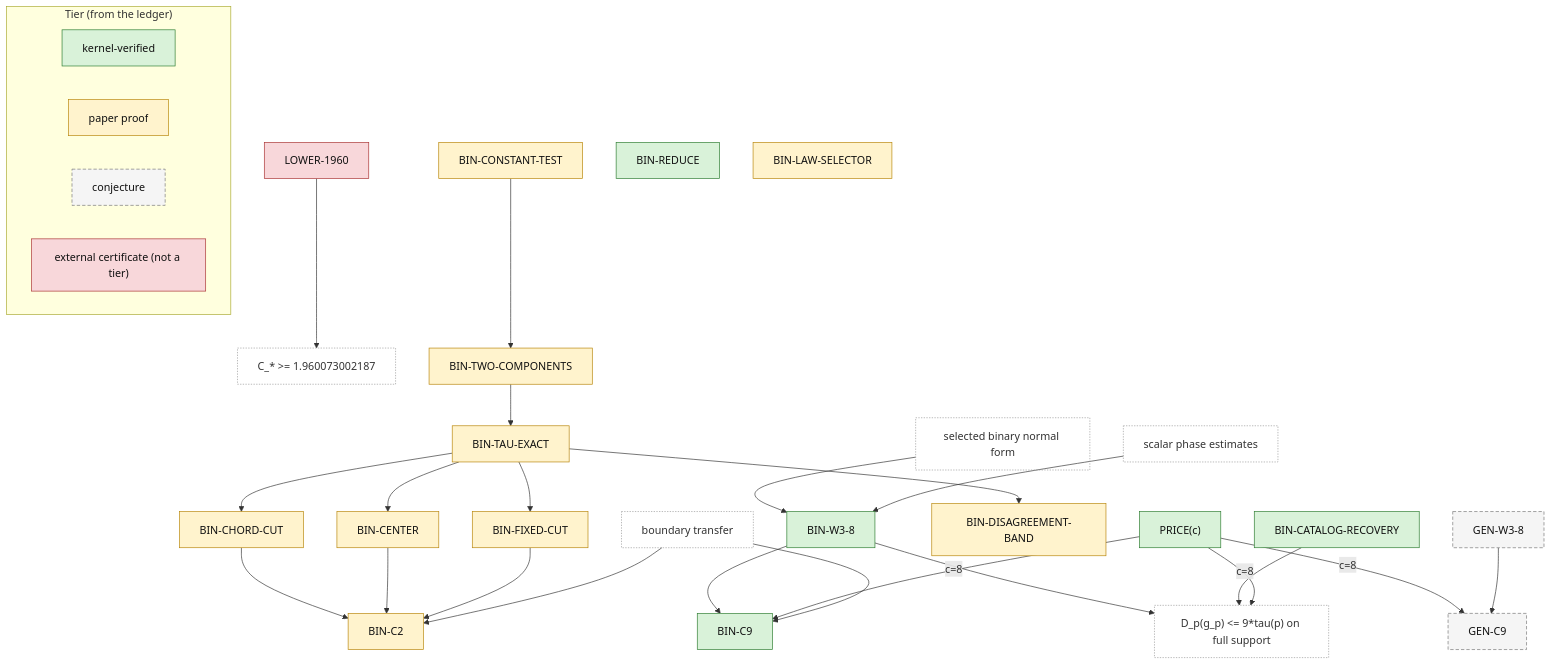
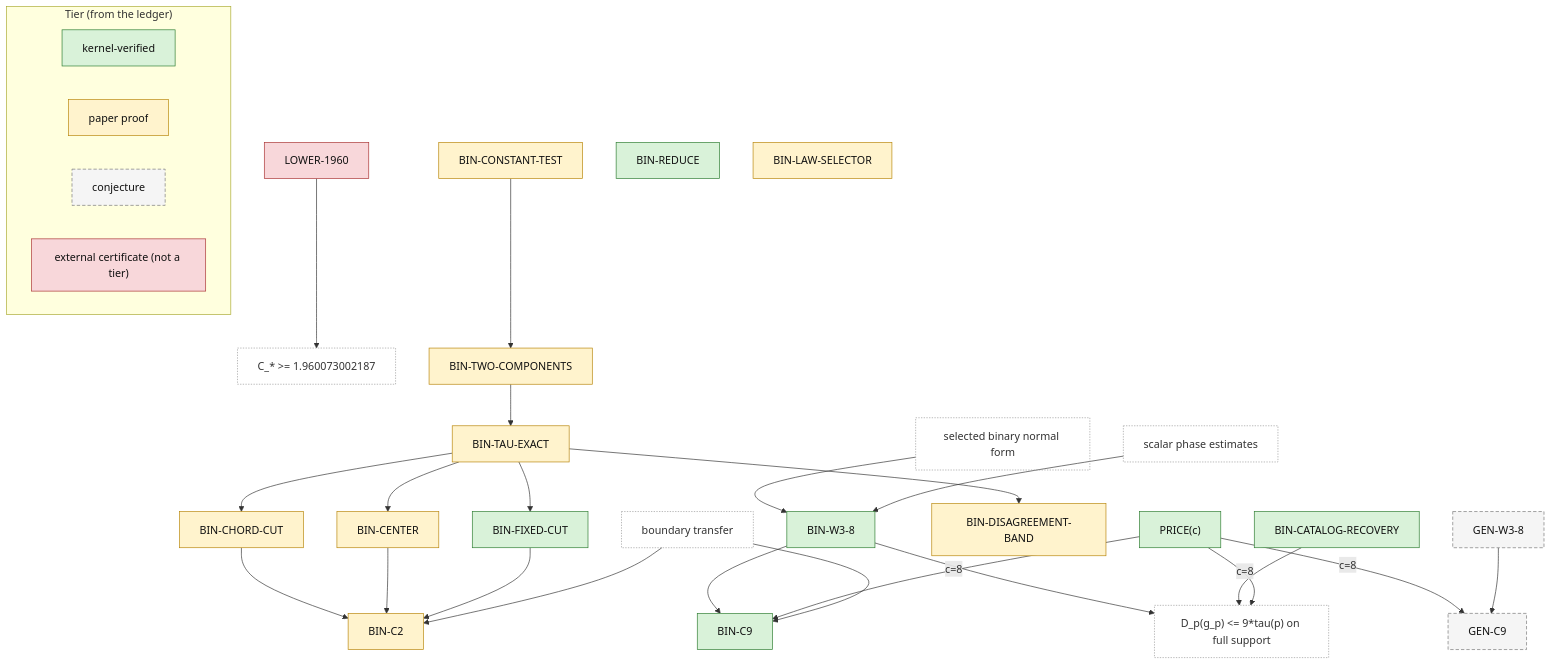
One commit to AlexisOlson/stochastic-to-deterministic-latents changed the diagram in docs/claims.md. Above: the diagram before and after it, drawn with Mermaid. The commit also changed other lines of this file and 16 other files, not shown here.

````diff
--- a/docs/claims.md
+++ b/docs/claims.md
@@ -50,62 +50,62 @@
 ```mermaid
 %% Claim DAG from docs/claims.md. Edge A --> B means B depends on A.
 %% Node colour is the ledger tier; dashed plain nodes are inputs that are not claims.
 %% Generated by gen_diagrams.py; do not edit by hand.
 graph TD
   selected_binary_normal_form["selected binary normal form"]:::aux
   BIN_W3_8["BIN-W3-8"]:::kernel
   scalar_phase_estimates["scalar phase estimates"]:::aux
   BIN_C9["BIN-C9"]:::kernel
   PRICE_c["PRICE(c)"]:::kernel
   boundary_transfer["boundary transfer"]:::aux
   D_p_g_p_9_tau_p_on_full_support["D_p(g_p) <= 9*tau(p) on full support"]:::aux
   BIN_CATALOG_RECOVERY["BIN-CATALOG-RECOVERY"]:::kernel
   GEN_C9["GEN-C9"]:::conjecture
   GEN_W3_8["GEN-W3-8"]:::conjecture
   LOWER_1960["LOWER-1960"]:::external
   C_1_960073002187["C_* >= 1.960073002187"]:::aux
   BIN_CONSTANT_TEST["BIN-CONSTANT-TEST"]:::paper
   BIN_TWO_COMPONENTS["BIN-TWO-COMPONENTS"]:::paper
   BIN_TAU_EXACT["BIN-TAU-EXACT"]:::paper
   BIN_DISAGREEMENT_BAND["BIN-DISAGREEMENT-BAND"]:::paper
   BIN_CHORD_CUT["BIN-CHORD-CUT"]:::paper
   BIN_CENTER["BIN-CENTER"]:::paper
-  BIN_FIXED_CUT["BIN-FIXED-CUT"]:::paper
+  BIN_FIXED_CUT["BIN-FIXED-CUT"]:::kernel
   BIN_C2["BIN-C2"]:::paper
   BIN_REDUCE["BIN-REDUCE"]:::kernel
   BIN_LAW_SELECTOR["BIN-LAW-SELECTOR"]:::paper
   selected_binary_normal_form --> BIN_W3_8
   scalar_phase_estimates --> BIN_W3_8
   BIN_W3_8 --> BIN_C9
   PRICE_c -- "c=8" --> BIN_C9
   boundary_transfer --> BIN_C9
   BIN_W3_8 --> D_p_g_p_9_tau_p_on_full_support
   BIN_CATALOG_RECOVERY --> D_p_g_p_9_tau_p_on_full_support
   PRICE_c -- "c=8" --> D_p_g_p_9_tau_p_on_full_support
   PRICE_c -- "c=8" --> GEN_C9
   GEN_W3_8 --> GEN_C9
   LOWER_1960 --> C_1_960073002187
   BIN_CONSTANT_TEST --> BIN_TWO_COMPONENTS
   BIN_TWO_COMPONENTS --> BIN_TAU_EXACT
   BIN_TAU_EXACT --> BIN_DISAGREEMENT_BAND
   BIN_TAU_EXACT --> BIN_CHORD_CUT
   BIN_TAU_EXACT --> BIN_CENTER
   BIN_TAU_EXACT --> BIN_FIXED_CUT
   BIN_CHORD_CUT --> BIN_C2
   BIN_CENTER --> BIN_C2
   BIN_FIXED_CUT --> BIN_C2
   boundary_transfer --> BIN_C2
   subgraph LEGEND["Tier (from the ledger)"]
     direction LR
     L_kernel["kernel-verified"]:::kernel
     L_paper["paper proof"]:::paper
     L_conjecture["conjecture"]:::conjecture
     L_external["external certificate (not a tier)"]:::external
   end
   classDef kernel fill:#d9f2d9,stroke:#2e7d32,color:#111;
   classDef paper fill:#fff3cd,stroke:#b8860b,color:#111;
   classDef interval fill:#dbe9ff,stroke:#1e5aa8,color:#111;
   classDef conjecture fill:#f5f5f5,stroke:#777,stroke-dasharray:5 3,color:#111;
   classDef external fill:#f8d7da,stroke:#a33,color:#111;
   classDef aux fill:none,stroke:#999,stroke-dasharray:2 2,color:#333;
 ```
````
